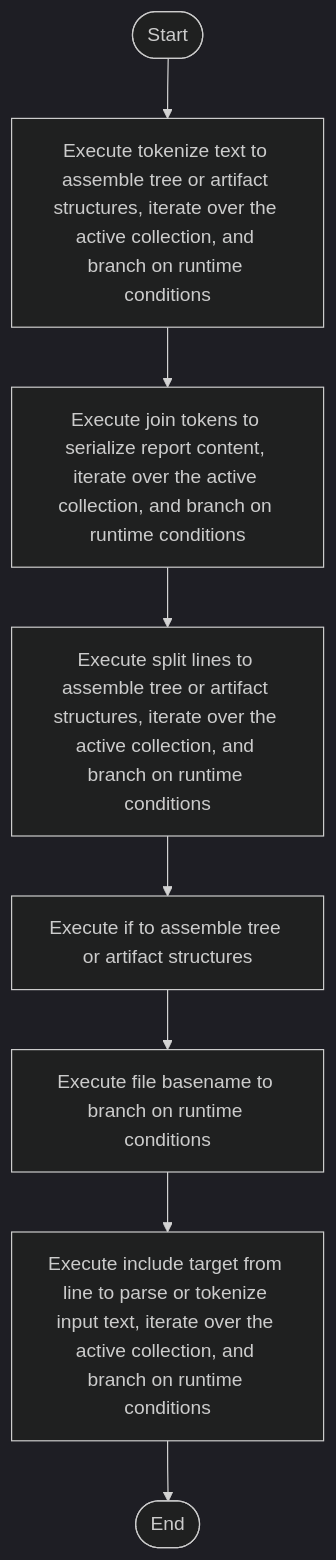
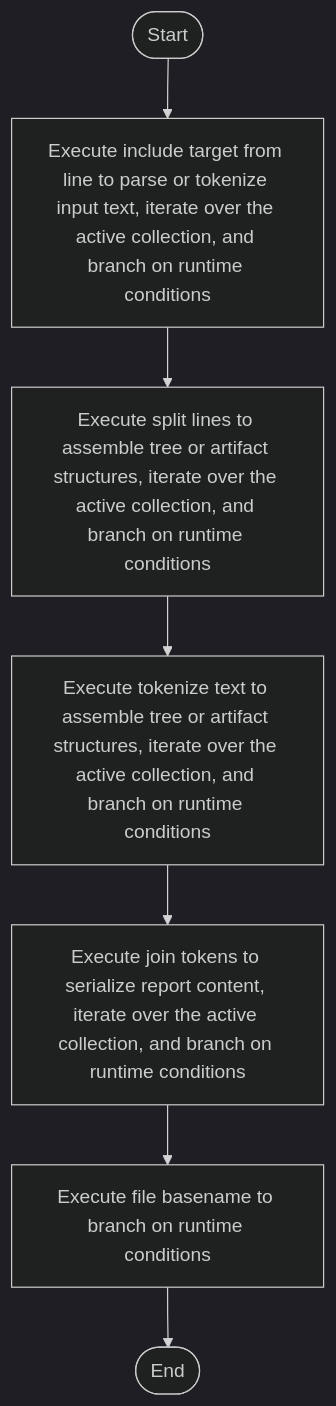
Before and after one commit to JohnAndrewBalbarosa/NeoTerritory: the diagram in docs/Codebase/Microservice/Modules/Source/SyntacticBrokenAST/ParseTree/Internal/line.cpp.md, drawn with Mermaid (dark theme). The commit also changed 148 other files, not shown here.

````diff
--- a/docs/Codebase/Microservice/Modules/Source/SyntacticBrokenAST/ParseTree/Internal/line.cpp.md
+++ b/docs/Codebase/Microservice/Modules/Source/SyntacticBrokenAST/ParseTree/Internal/line.cpp.md
@@ -28,18 +28,16 @@
 ```mermaid
 flowchart TD
     Start([Start])
-    N0[Execute tokenize text to assemble tree or artifact structures, iterate over the active collection, and branch on runtime conditions]
-    N1[Execute join tokens to serialize report content, iterate over the active collection, and branch on runtime conditions]
-    N2[Execute split lines to assemble tree or artifact structures, iterate over the active collection, and branch on runtime conditions]
-    N3[Execute if to assemble tree or artifact structures]
+    N0[Execute include target from line to parse or tokenize input text, iterate over the active collection, and branch on runtime conditions]
+    N1[Execute split lines to assemble tree or artifact structures, iterate over the active collection, and branch on runtime conditions]
+    N2[Execute tokenize text to assemble tree or artifact structures, iterate over the active collection, and branch on runtime conditions]
+    N3[Execute join tokens to serialize report content, iterate over the active collection, and branch on runtime conditions]
     N4[Execute file basename to branch on runtime conditions]
-    N5[Execute include target from line to parse or tokenize input text, iterate over the active collection, and branch on runtime conditions]
     End([End])
     Start --> N0
     N0 --> N1
     N1 --> N2
     N2 --> N3
     N3 --> N4
-    N4 --> N5
-    N5 --> End
+    N4 --> End
 ```
````
